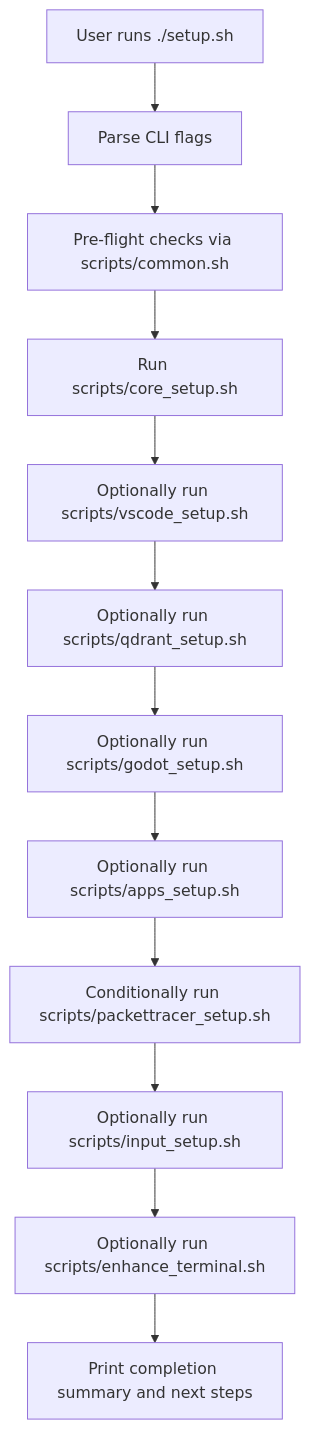
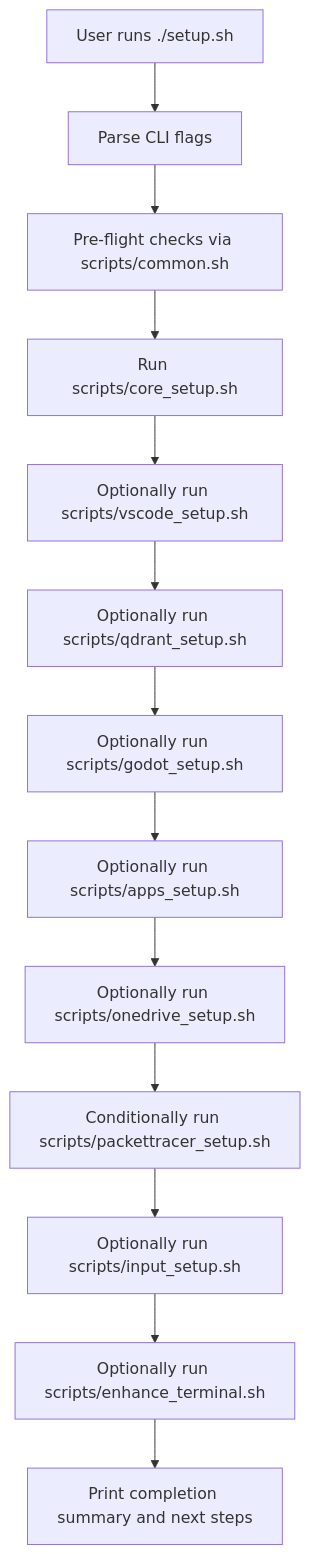
One commit to haingt-dev/workstation-setup changed the diagram in .kilocode/rules/memory-bank/architecture.md. Above: the diagram before and after it, drawn with Mermaid. The commit also changed other lines of this file and 4 other files, not shown here.

````diff
--- a/.kilocode/rules/memory-bank/architecture.md
+++ b/.kilocode/rules/memory-bank/architecture.md
@@ -44,14 +45,15 @@
 ```mermaid
 flowchart TD
   A[User runs ./setup.sh] --> B[Parse CLI flags]
   B --> C[Pre-flight checks via scripts/common.sh]
   C --> D[Run scripts/core_setup.sh]
   D --> E[Optionally run scripts/vscode_setup.sh]
   E --> F[Optionally run scripts/qdrant_setup.sh]
   F --> G[Optionally run scripts/godot_setup.sh]
   G --> H[Optionally run scripts/apps_setup.sh]
-  H --> I[Conditionally run scripts/packettracer_setup.sh]
-  I --> J[Optionally run scripts/input_setup.sh]
-  J --> K[Optionally run scripts/enhance_terminal.sh]
-  K --> L[Print completion summary and next steps]
+  H --> I[Optionally run scripts/onedrive_setup.sh]
+  I --> J[Conditionally run scripts/packettracer_setup.sh]
+  J --> K[Optionally run scripts/input_setup.sh]
+  K --> L[Optionally run scripts/enhance_terminal.sh]
+  L --> M[Print completion summary and next steps]
 ```
````
